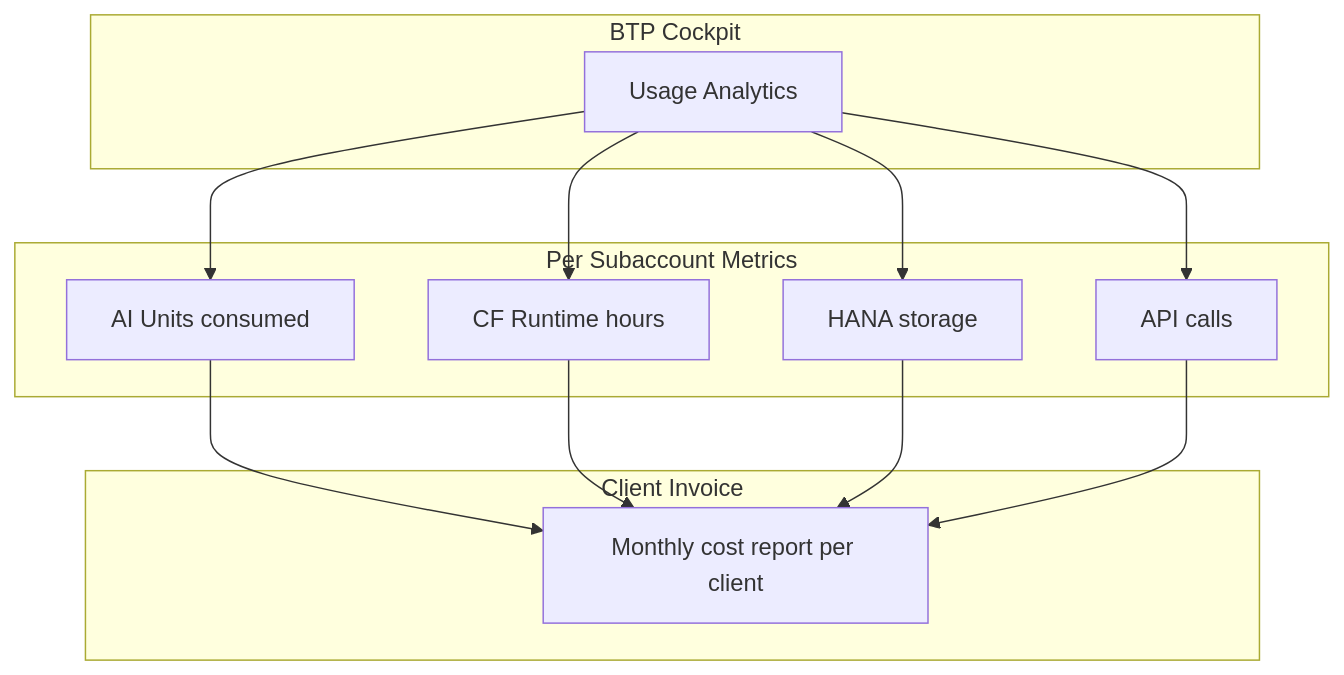
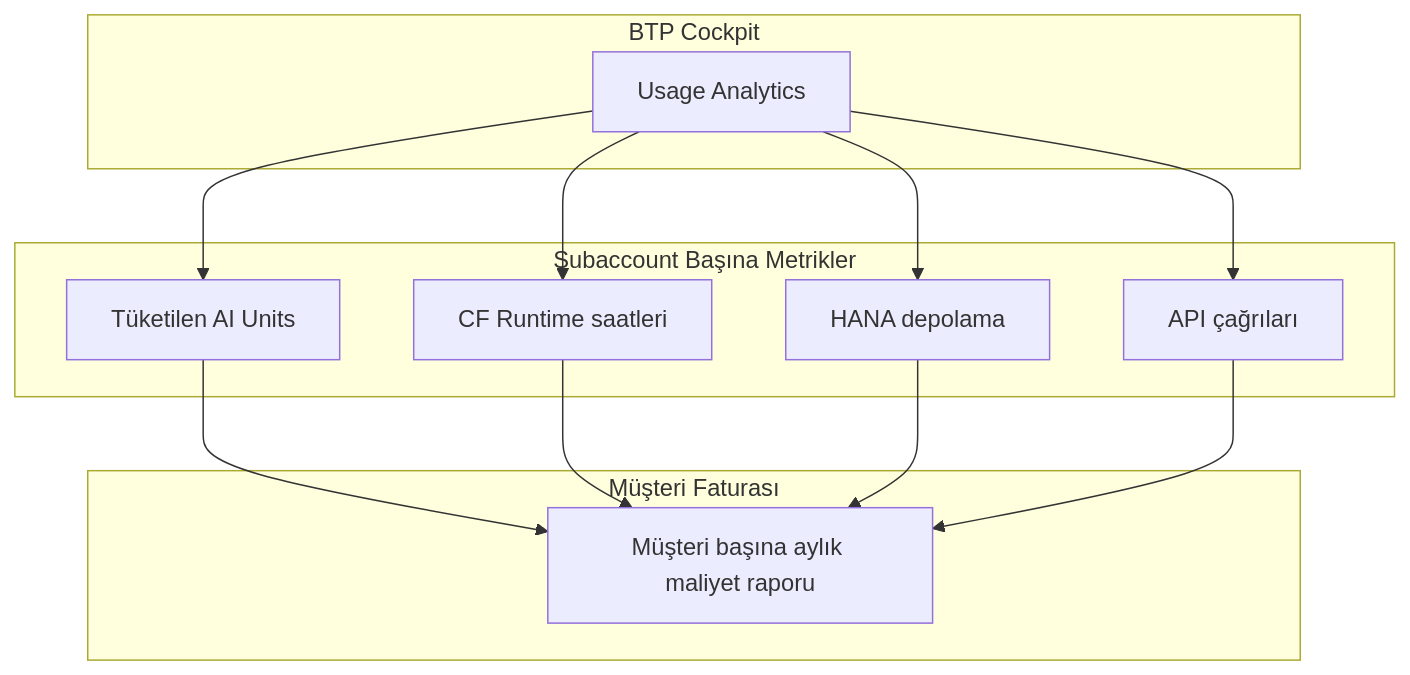
The seventh of 11 diagrams in Technical Tutorials/BTP/TR/chapters/12-multi-client-management.md (beyhanmeyrali/sap-all), drawn with Mermaid before and after one commit. The commit also changed other lines of this file and 11 other files, not shown here.

````diff
--- a/Technical Tutorials/BTP/TR/chapters/12-multi-client-management.md
+++ b/Technical Tutorials/BTP/TR/chapters/12-multi-client-management.md
@@ -255,27 +255,27 @@
 ```mermaid
 graph TD
     subgraph "BTP Cockpit"
         UA[Usage Analytics]
     end
 
-    subgraph "Per Subaccount Metrics"
-        M1[AI Units consumed]
-        M2[CF Runtime hours]
-        M3[HANA storage]
-        M4[API calls]
+    subgraph "Subaccount Başına Metrikler"
+        M1[Tüketilen AI Units]
+        M2[CF Runtime saatleri]
+        M3[HANA depolama]
+        M4[API çağrıları]
     end
 
     UA --> M1
     UA --> M2
     UA --> M3
     UA --> M4
 
-    subgraph "Client Invoice"
-        I[Monthly cost report per client]
+    subgraph "Müşteri Faturası"
+        I[Müşteri başına aylık maliyet raporu]
     end
 
     M1 --> I
     M2 --> I
     M3 --> I
     M4 --> I
 ```
````
